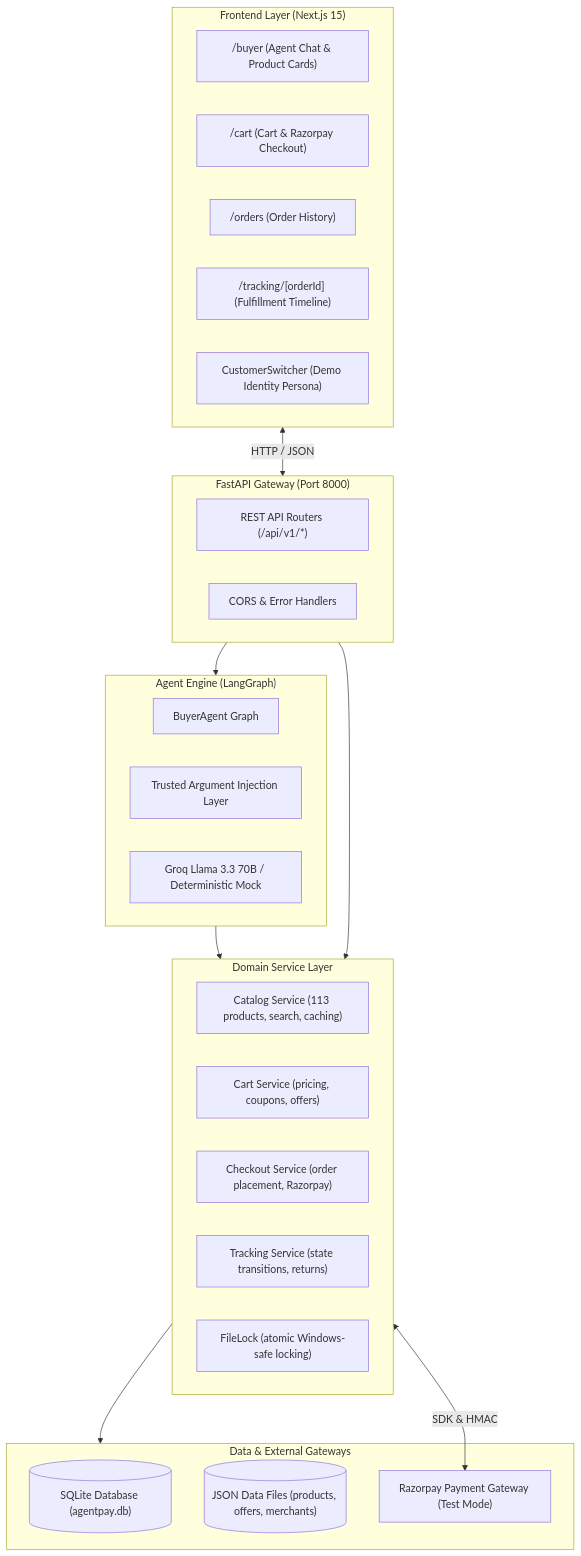
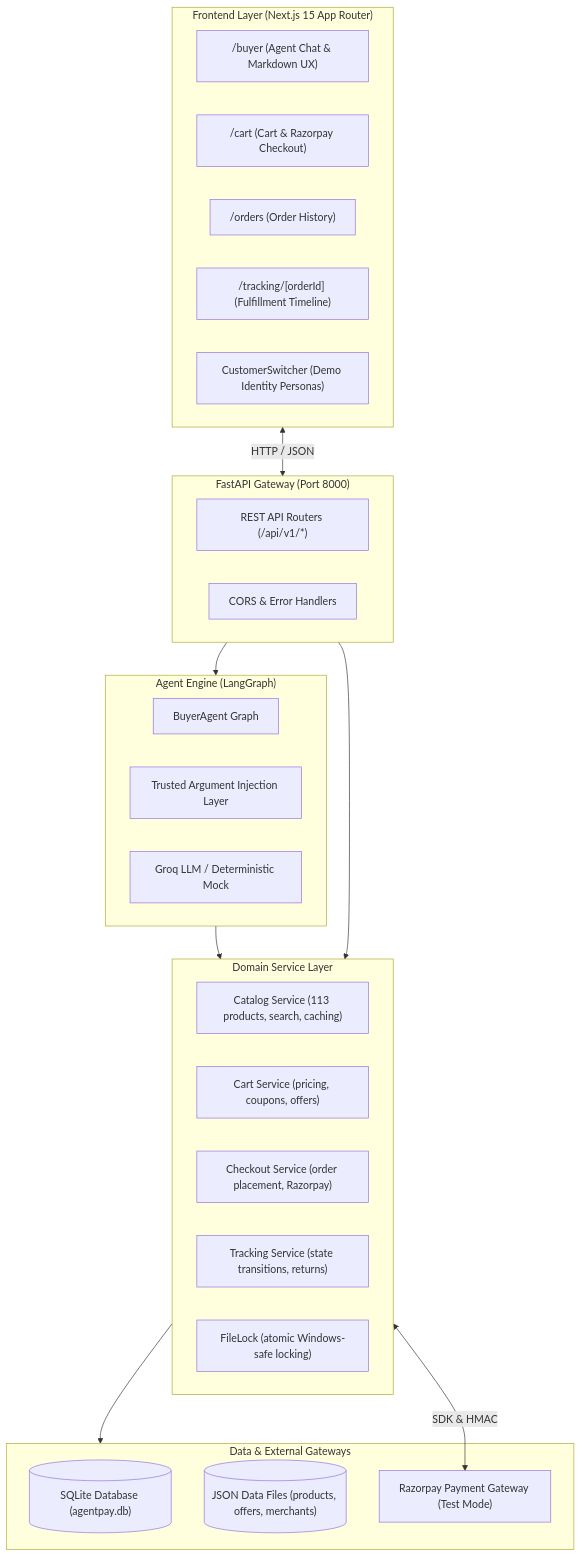
Before and after one commit to amaymishra1104/agentpay-ai: the diagram in docs/architecture.md, drawn with Mermaid. The commit also changed other lines of this file and 7 other files, not shown here.

````diff
--- a/docs/architecture.md
+++ b/docs/architecture.md
@@ -11,42 +11,42 @@
 ```mermaid
 flowchart TB
-    subgraph Frontend_App["Frontend Layer (Next.js 15)"]
-        BUYER_UI["/buyer (Agent Chat & Product Cards)"]
+    subgraph Frontend_App["Frontend Layer (Next.js 15 App Router)"]
+        BUYER_UI["/buyer (Agent Chat & Markdown UX)"]
         CART_UI["/cart (Cart & Razorpay Checkout)"]
         ORDERS_UI["/orders (Order History)"]
         TRACKING_UI["/tracking/[orderId] (Fulfillment Timeline)"]
-        SWITCHER["CustomerSwitcher (Demo Identity Persona)"]
+        SWITCHER["CustomerSwitcher (Demo Identity Personas)"]
     end
 
     subgraph API_Gateway["FastAPI Gateway (Port 8000)"]
         ROUTERS["REST API Routers (/api/v1/*)"]
         MIDDLEWARE["CORS & Error Handlers"]
     end
 
     subgraph Agent_Engine["Agent Engine (LangGraph)"]
         GRAPH["BuyerAgent Graph"]
         INJECT["Trusted Argument Injection Layer"]
-        MODEL["Groq Llama 3.3 70B / Deterministic Mock"]
+        MODEL["Groq LLM / Deterministic Mock"]
     end
 
     subgraph Core_Services["Domain Service Layer"]
         CATALOG_SVC["Catalog Service (113 products, search, caching)"]
         CART_SVC["Cart Service (pricing, coupons, offers)"]
         CHECKOUT_SVC["Checkout Service (order placement, Razorpay)"]
         TRACKING_SVC["Tracking Service (state transitions, returns)"]
         LOCK_SVC["FileLock (atomic Windows-safe locking)"]
     end
 
     subgraph External_Storage["Data & External Gateways"]
         SQLITE[("SQLite Database (agentpay.db)")]
         JSON_DATA[("JSON Data Files (products, offers, merchants)")]
         RZP_GATEWAY["Razorpay Payment Gateway (Test Mode)"]
     end
 
     Frontend_App <-->|HTTP / JSON| API_Gateway
     API_Gateway --> Agent_Engine
     Agent_Engine --> Core_Services
     API_Gateway --> Core_Services
     Core_Services --> External_Storage
     Core_Services <-->|SDK & HMAC| RZP_GATEWAY
 ```
````
